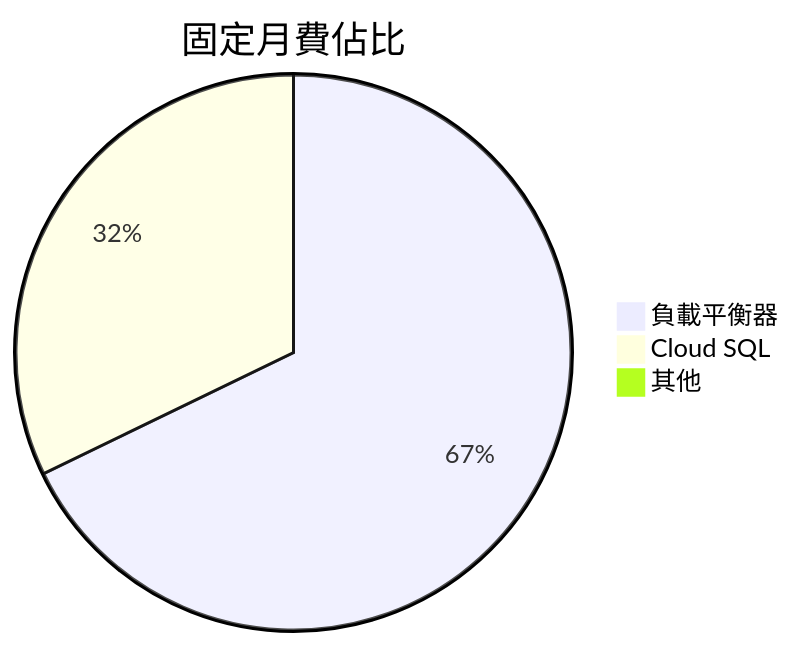
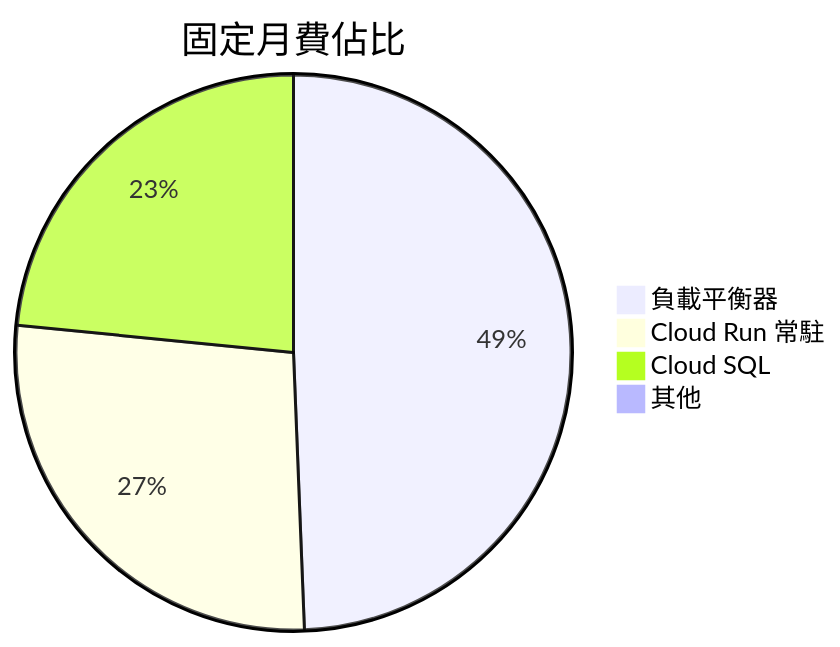
One commit to dylanhsieh/wang-sis-docs changed the diagram in diagrams/COST_0.mmd. Above: the diagram before and after it, drawn with Mermaid. The commit also changed 13 other files, not shown here.

First line of the commit message:
Update cost report: add Cloud Run min-instances, Resend, GCP credits estimate

```diff
--- a/diagrams/COST_0.mmd
+++ b/diagrams/COST_0.mmd
@@ -1,4 +1,5 @@
 pie title 固定月費佔比
     "負載平衡器" : 590
+    "Cloud Run 常駐" : 325
     "Cloud SQL" : 280
     "其他" : 6
```
